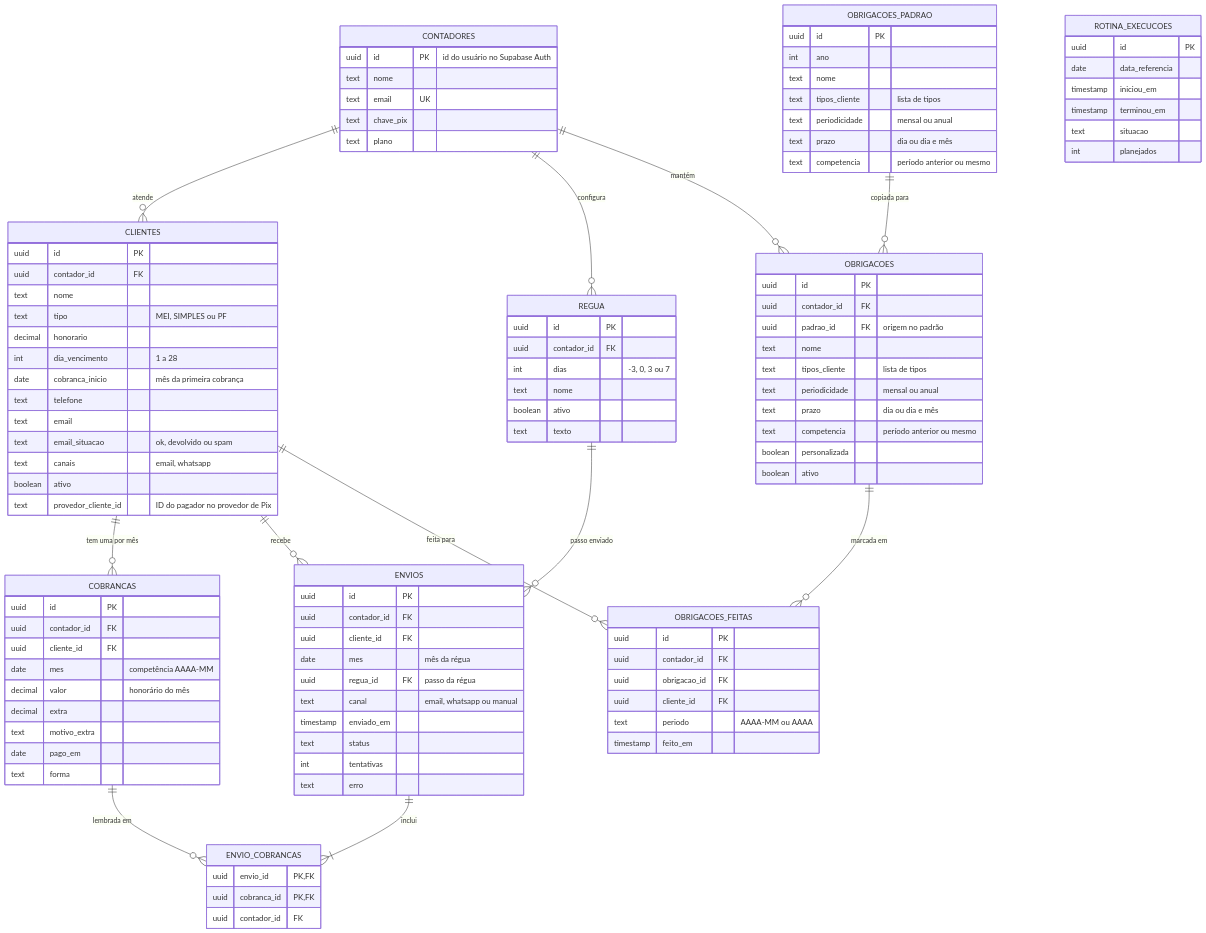
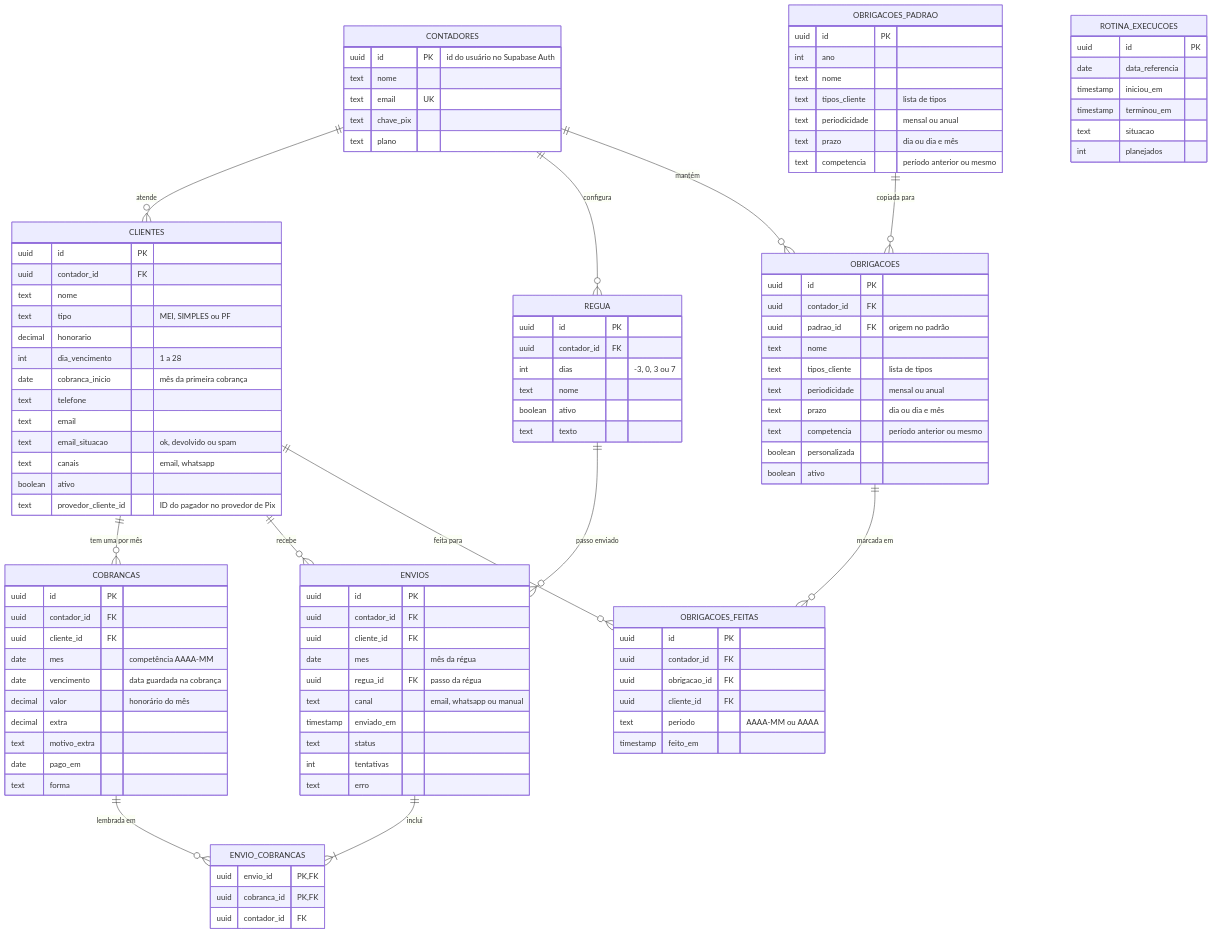
The second of 2 diagrams in docs/SRS.md (77mdias/neximob), drawn with Mermaid before and after one commit. The commit also changed other lines of this file and 15 other files, not shown here.

```diff
--- a/docs/SRS.md
+++ b/docs/SRS.md
@@ -681,6 +681,7 @@
         uuid contador_id FK
         uuid cliente_id FK
         date mes "competência AAAA-MM"
+        date vencimento "data guardada na cobrança"
         decimal valor "honorário do mês"
         decimal extra
         text motivo_extra
```
